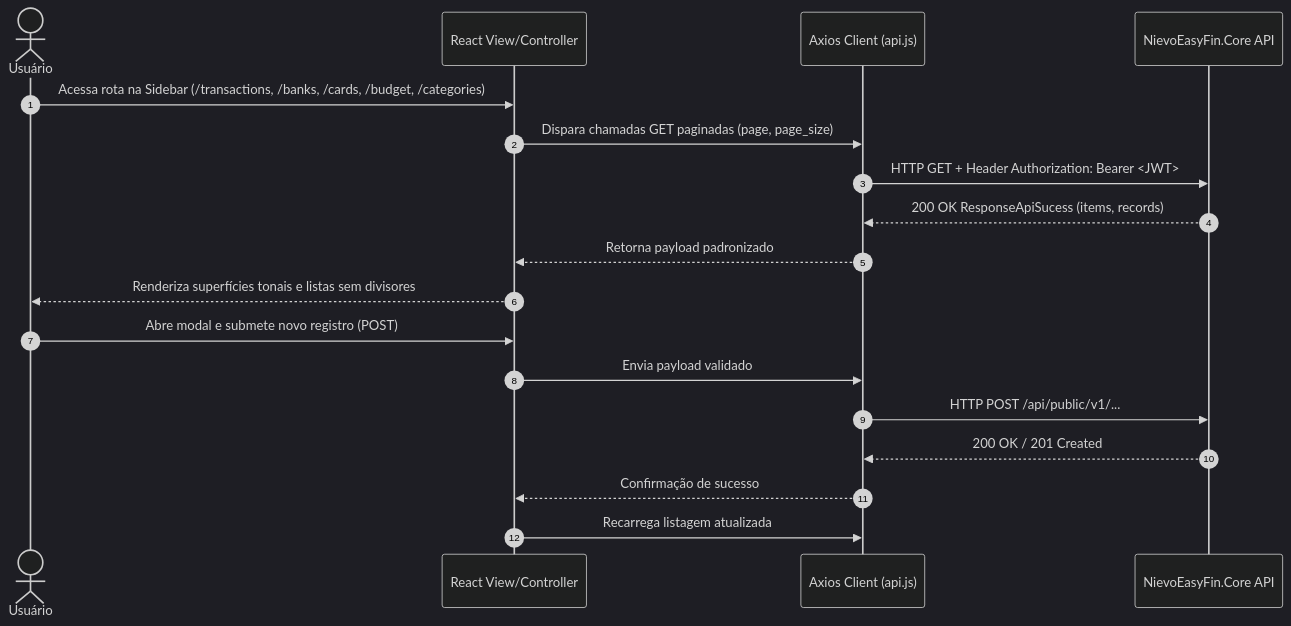
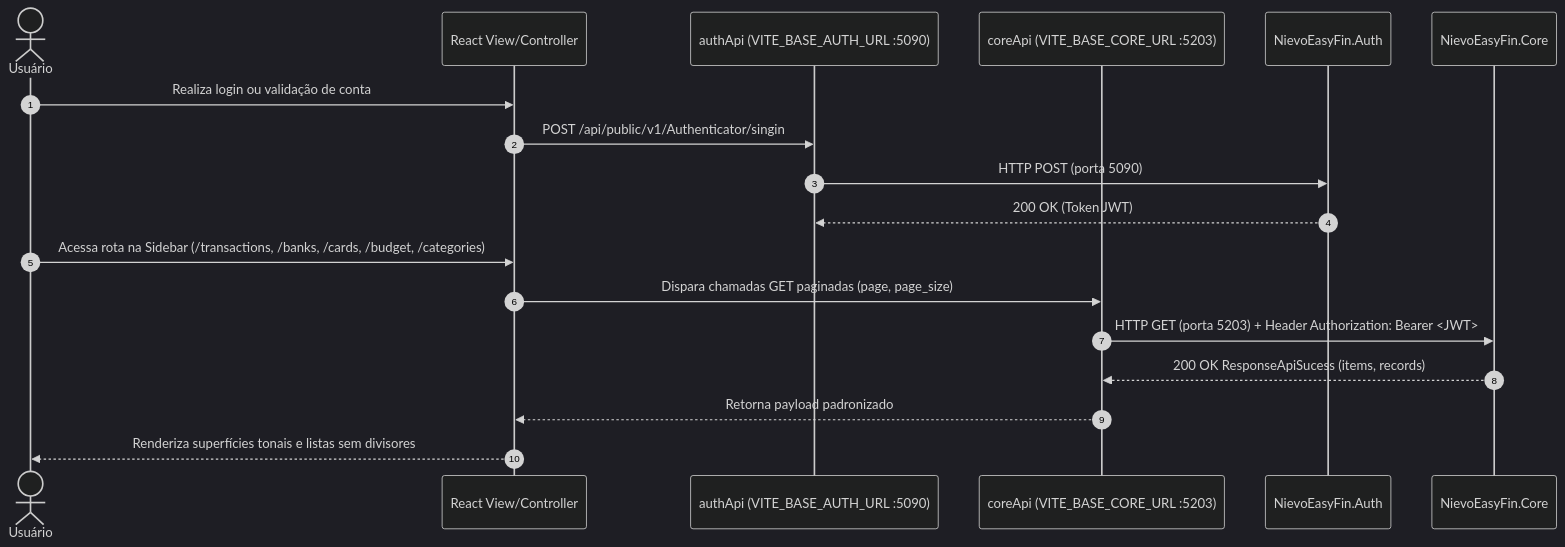
Before and after one commit to pedrovtof/Nievo-easy-fin: the second of 2 diagrams in docs/config/docs/content/Frontend/intro.md, drawn with Mermaid (dark theme). The commit also changed other lines of this file and 14 other files, not shown here.

First line of the commit message:
feat(frontend): split api client into base_auth_url and base_core_url

````diff
--- a/docs/config/docs/content/Frontend/intro.md
+++ b/docs/config/docs/content/Frontend/intro.md
@@ -67,22 +71,22 @@
 ```mermaid
 sequenceDiagram
     autonumber
     actor User as Usuário
     participant View as React View/Controller
-    participant Axios as Axios Client (api.js)
-    participant Core as NievoEasyFin.Core API
+    participant AuthAxios as authApi (VITE_BASE_AUTH_URL :5090)
+    participant CoreAxios as coreApi (VITE_BASE_CORE_URL :5203)
+    participant Auth as NievoEasyFin.Auth
+    participant Core as NievoEasyFin.Core
+
+    User->>View: Realiza login ou validação de conta
+    View->>AuthAxios: POST /api/public/v1/Authenticator/singin
+    AuthAxios->>Auth: HTTP POST (porta 5090)
+    Auth-->>AuthAxios: 200 OK (Token JWT)
 
     User->>View: Acessa rota na Sidebar (/transactions, /banks, /cards, /budget, /categories)
-    View->>Axios: Dispara chamadas GET paginadas (page, page_size)
-    Axios->>Core: HTTP GET + Header Authorization: Bearer <JWT>
-    Core-->>Axios: 200 OK ResponseApiSucess (items, records)
-    Axios-->>View: Retorna payload padronizado
+    View->>CoreAxios: Dispara chamadas GET paginadas (page, page_size)
+    CoreAxios->>Core: HTTP GET (porta 5203) + Header Authorization: Bearer <JWT>
+    Core-->>CoreAxios: 200 OK ResponseApiSucess (items, records)
+    CoreAxios-->>View: Retorna payload padronizado
     View-->>User: Renderiza superfícies tonais e listas sem divisores
-
-    User->>View: Abre modal e submete novo registro (POST)
-    View->>Axios: Envia payload validado
-    Axios->>Core: HTTP POST /api/public/v1/...
-    Core-->>Axios: 200 OK / 201 Created
-    Axios-->>View: Confirmação de sucesso
-    View->>Axios: Recarrega listagem atualizada
 ```
````
